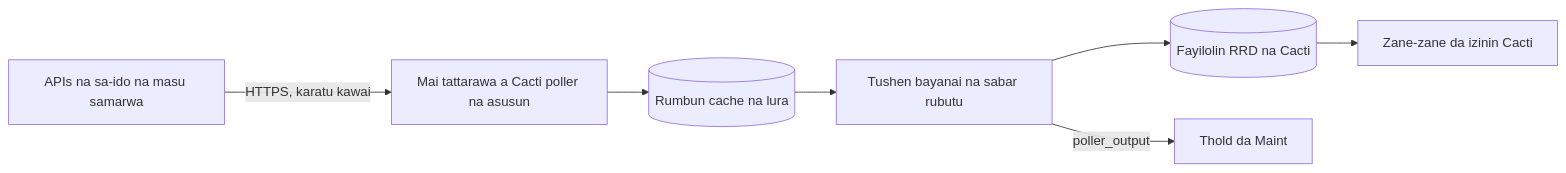
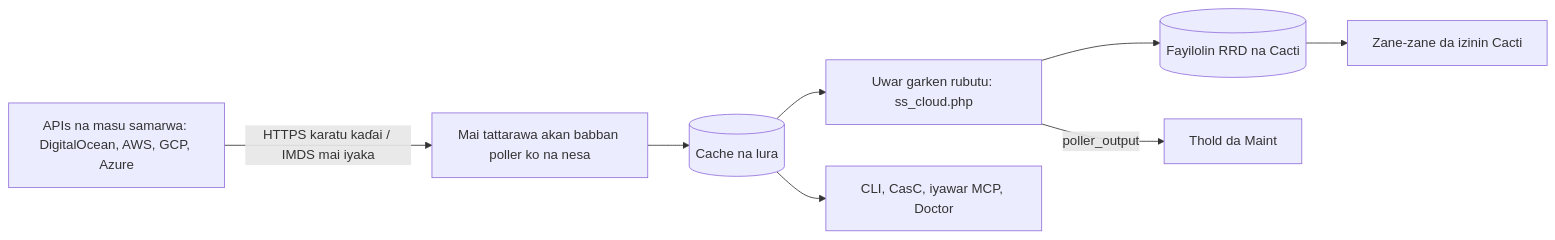
One commit to somethingwithproof/plugin_cloud changed the diagram in docs/i18n/ha-NG/README.md. Above: the diagram before and after it, drawn with Mermaid. The commit also changed other lines of this file and 48 other files, not shown here.

First line of the commit message:
docs(readme): document AWS, GCP, Azure drivers, remote collectors, and ecosystem hooks

````diff
--- a/docs/i18n/ha-NG/README.md
+++ b/docs/i18n/ha-NG/README.md
@@ -109,9 +148,10 @@
 ```mermaid
 flowchart LR
-    API[APIs na sa-ido na masu samarwa] -->|HTTPS, karatu kawai| C[Mai tattarawa a Cacti poller na asusun]
-    C --> O[(Rumbun cache na lura)]
-    O --> SS[Tushen bayanai na sabar rubutu]
+    API[APIs na masu samarwa: DigitalOcean, AWS, GCP, Azure] -->|HTTPS karatu kaɗai / IMDS mai iyaka| C[Mai tattarawa akan babban poller ko na nesa]
+    C --> O[(Cache na lura)]
+    O --> SS[Uwar garken rubutu: ss_cloud.php]
     SS --> RRD[(Fayilolin RRD na Cacti)]
     SS -->|poller_output| T[Thold da Maint]
     RRD --> G[Zane-zane da izinin Cacti]
+    O --> ECO[CLI, CasC, iyawar MCP, Doctor]
 ```
````
